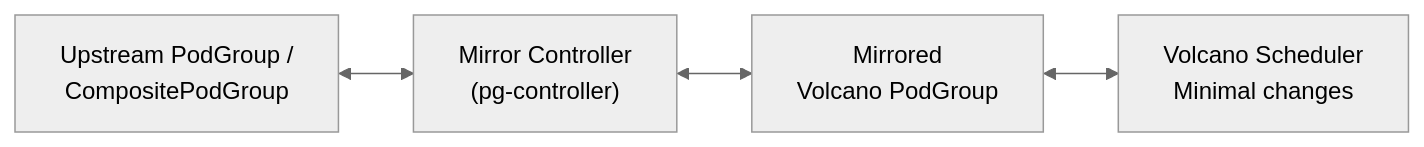
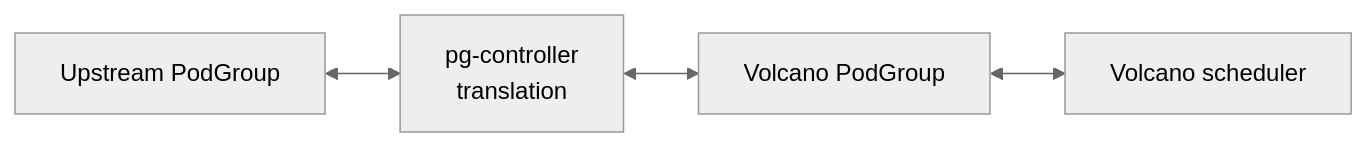
Before and after one commit to JesseStutler/volcano: diagram 12 of 13 in docs/research/k8s-workload-aware-scheduling-vs-volcano.md, drawn with Mermaid (neutral theme). The commit also changed other lines of this file and 1 other file, not shown here.

First line of the commit message:
docs: rewrite the upstream PodGroup comparison for readability

````diff
--- a/docs/research/k8s-workload-aware-scheduling-vs-volcano.md
+++ b/docs/research/k8s-workload-aware-scheduling-vs-volcano.md
@@ -554,11 +529,10 @@
 ```mermaid
 flowchart LR
-    UA["Upstream PodGroup /<br/>CompositePodGroup"]
-    MC["Mirror Controller<br/>(pg-controller)"]
-    VA["Mirrored<br/>Volcano PodGroup"]
-    SA["Volcano Scheduler<br/>Minimal changes"]
-
+    UA["Upstream PodGroup"]
+    MC["pg-controller<br/>translation"]
+    VA["Volcano PodGroup"]
+    SA["Volcano scheduler"]
     UA <--> MC
     MC <--> VA
     VA <--> SA
 ```
````
